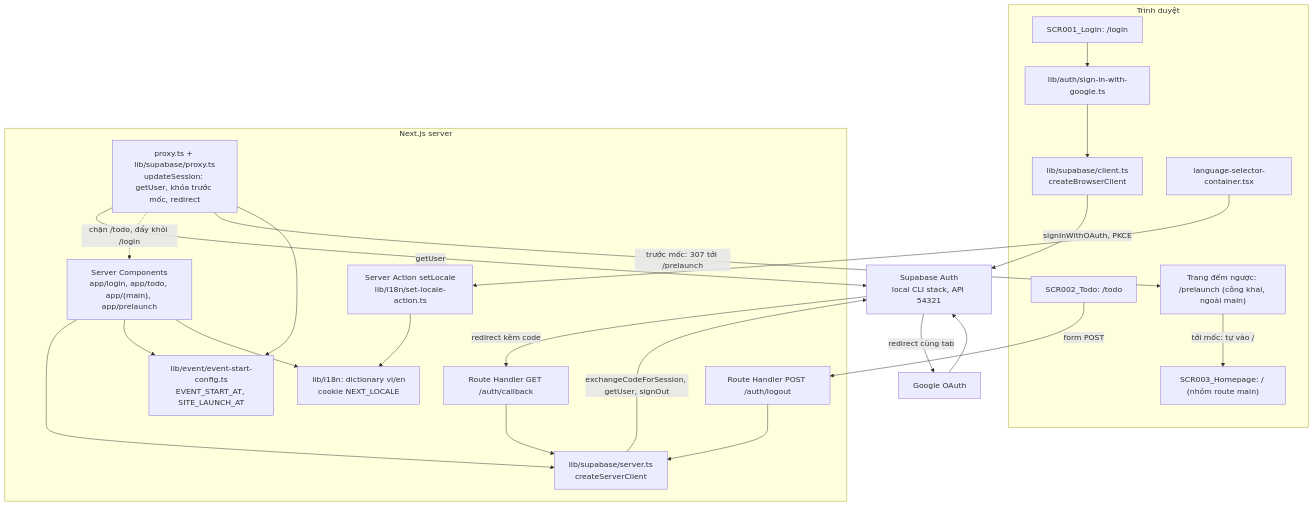
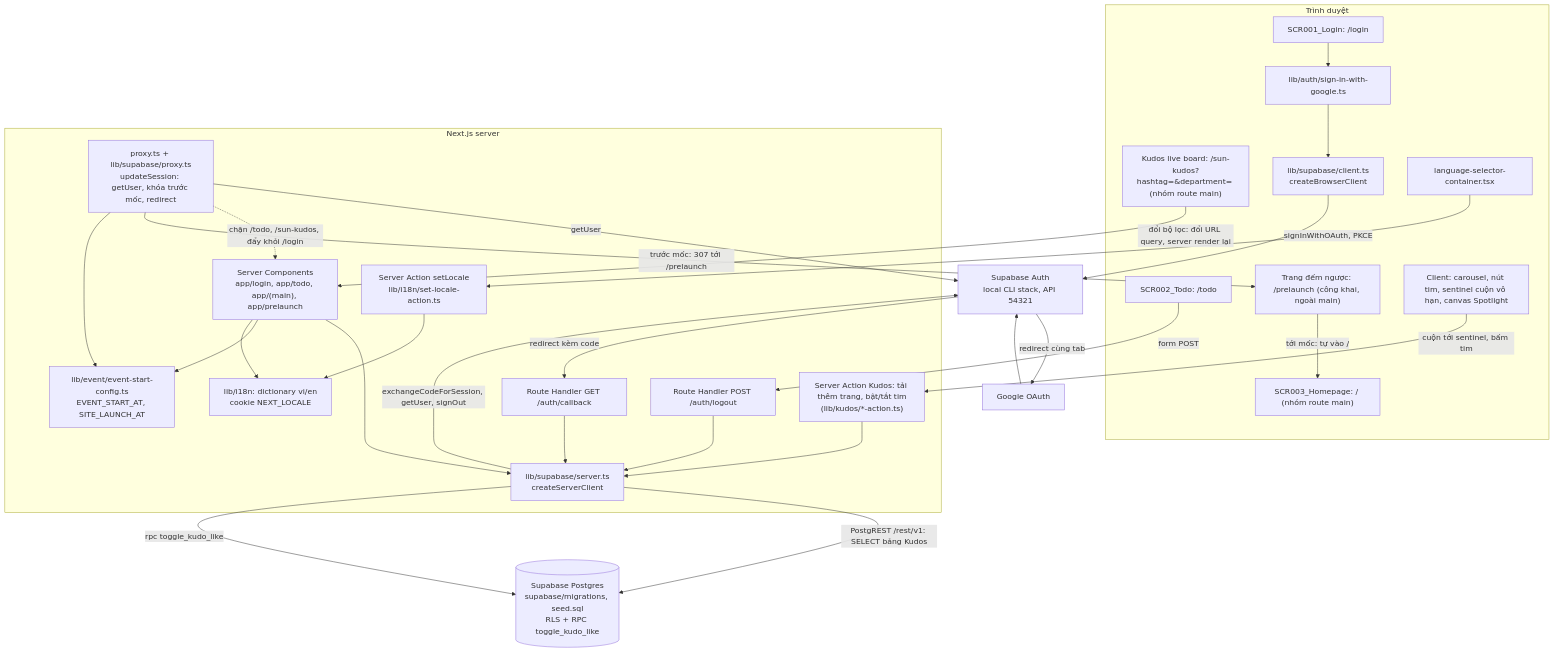
One commit to ngocnv-0940/agentic-coding-hands-on changed the first of 3 diagrams in docs/system/architecture.md. Above: the diagram before and after it, drawn with Mermaid. The commit also changed other lines of this file and 16 other files, not shown here.

````diff
--- a/docs/system/architecture.md
+++ b/docs/system/architecture.md
@@ -14,44 +14,53 @@
 ```mermaid
 graph TB
     subgraph Browser["Trình duyệt"]
         LOGIN["SCR001_Login: /login"]
         TODO["SCR002_Todo: /todo"]
         HOME["SCR003_Homepage: / (nhóm route main)"]
         PRE["Trang đếm ngược: /prelaunch (công khai, ngoài main)"]
+        KUDOS["Kudos live board: /sun-kudos?hashtag=&department= (nhóm route main)"]
+        KSC["Client: carousel, nút tim, sentinel cuộn vô hạn, canvas Spotlight"]
         BC["lib/supabase/client.ts<br/>createBrowserClient"]
         SIGN["lib/auth/sign-in-with-google.ts"]
         LSEL["language-selector-container.tsx"]
     end
     subgraph Next["Next.js server"]
         PX["proxy.ts + lib/supabase/proxy.ts<br/>updateSession: getUser, khóa trước mốc, redirect"]
         PG["Server Components<br/>app/login, app/todo, app/(main), app/prelaunch"]
         EVT["lib/event/event-start-config.ts<br/>EVENT_START_AT, SITE_LAUNCH_AT"]
         CB["Route Handler GET /auth/callback"]
         LO["Route Handler POST /auth/logout"]
         SA["Server Action setLocale<br/>lib/i18n/set-locale-action.ts"]
+        KA["Server Action Kudos: tải thêm trang, bật/tắt tim<br/>(lib/kudos/*-action.ts)"]
         SC["lib/supabase/server.ts<br/>createServerClient"]
         I18N["lib/i18n: dictionary vi/en<br/>cookie NEXT_LOCALE"]
     end
     SB["Supabase Auth<br/>local CLI stack, API 54321"]
+    DB[("Supabase Postgres<br/>supabase/migrations, seed.sql<br/>RLS + RPC toggle_kudo_like")]
     G["Google OAuth"]
 
     LOGIN --> SIGN --> BC
     BC -->|"signInWithOAuth, PKCE"| SB
     SB -->|"redirect cùng tab"| G
     G --> SB
     SB -->|"redirect kèm code"| CB
     CB --> SC
     LO --> SC
     PG --> SC
     SC -->|"exchangeCodeForSession, getUser, signOut"| SB
+    SC -->|"PostgREST /rest/v1: SELECT bảng Kudos"| DB
+    SC -->|"rpc toggle_kudo_like"| DB
     PX -->|"getUser"| SB
-    PX -.->|"chặn /todo, đẩy khỏi /login"| PG
+    PX -.->|"chặn /todo, /sun-kudos, đẩy khỏi /login"| PG
     PX -->|"trước mốc: 307 tới /prelaunch"| PRE
     PX --> EVT
     PRE -->|"tới mốc: tự vào /"| HOME
     PG --> EVT
     TODO -->|"form POST"| LO
     LSEL --> SA
     SA --> I18N
     PG --> I18N
+    KUDOS -->|"đổi bộ lọc: đổi URL query, server render lại"| PG
+    KSC -->|"cuộn tới sentinel, bấm tim"| KA
+    KA --> SC
 ```
````
